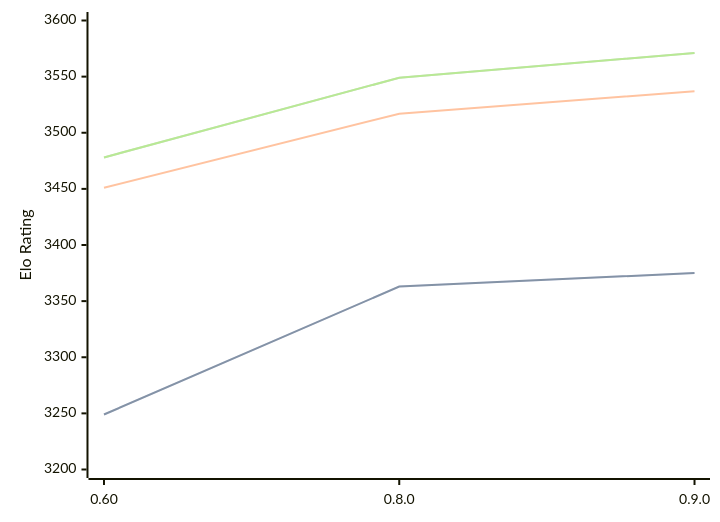
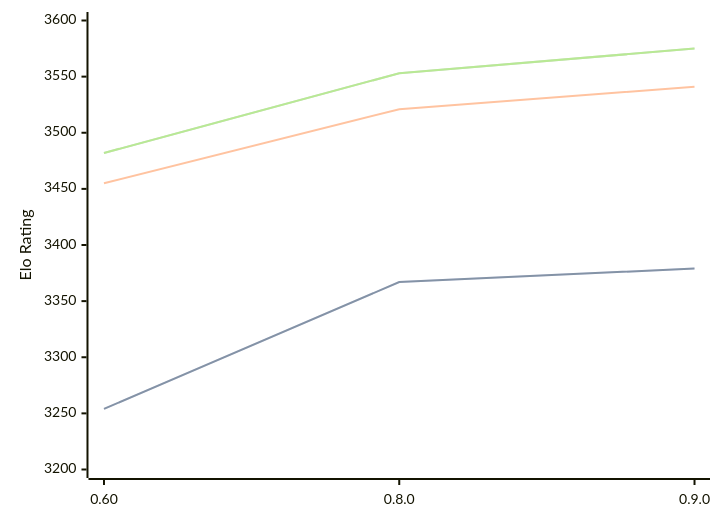
Before and after one commit to computer-chess-index/cci: the diagram in engines/Motor.md, drawn with Mermaid. The commit also changed other lines of this file, not shown here.

Commit message:
Update CCI Ratings (ELO VLTC) - 2026-05-02

````diff
--- a/engines/Motor.md
+++ b/engines/Motor.md
@@ -39,11 +39,11 @@
 ```mermaid
 %%{init: {"theme":"base","themeVariables":{"seriesColors:['#a3a3a3','#222221','#faa371']}}}%%
 xychart-beta
   x-axis ["0.60", "0.8.0", "0.9.0"]
   y-axis "Elo Rating" 3200 --> 3600
-  line "STC (8.0+0.08s)" [3249, 3363, 3375]
-  line "STC (8.0+0.08s)" [3249, 3363, 3375]
-  line "LTC (60.0+0.60s)" [3451, 3517, 3537]
-  line "VLTC (2m24s+1.12s)" [3478, 3549, 3571]
-  line "VLTC (2m24s+1.12s)" [3478, 3549, 3571]
+  line "STC (8.0+0.08s)" [3254, 3367, 3379]
+  line "STC (8.0+0.08s)" [3254, 3367, 3379]
+  line "LTC (60.0+0.60s)" [3455, 3521, 3541]
+  line "VLTC (2m24s+1.12s)" [3482, 3553, 3575]
+  line "VLTC (2m24s+1.12s)" [3482, 3553, 3575]
 ```
````
